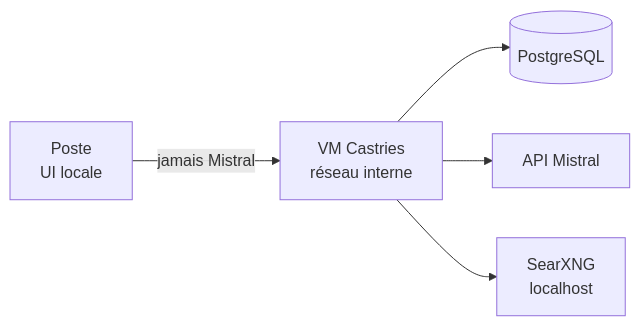
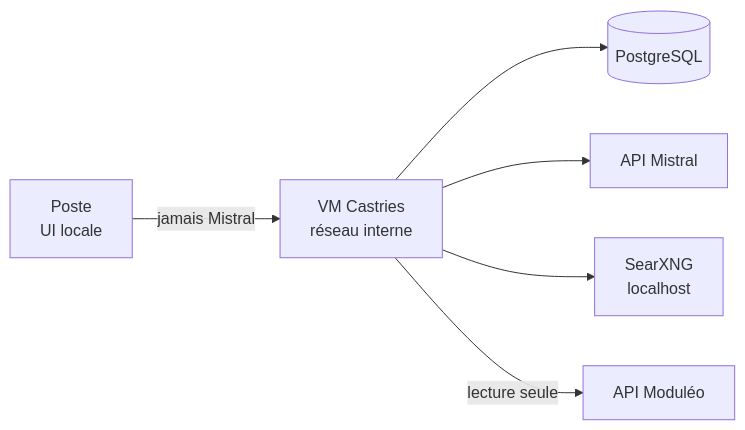
One commit to UlyssouLV/BBASS-Agents-IA changed the first of 3 diagrams in README.md. Above: the diagram before and after it, drawn with Mermaid. The commit also changed other lines of this file and 158 other files, not shown here.

````diff
--- a/README.md
+++ b/README.md
@@ -49,7 +49,8 @@
 ```mermaid
 flowchart LR
   P["Poste<br/>UI locale"] -->|"jamais Mistral"| VM["VM Castries<br/>réseau interne"]
   VM --> PG[("PostgreSQL")]
   VM --> M["API Mistral"]
   VM --> S["SearXNG<br/>localhost"]
+  VM -->|"lecture seule"| MO["API Moduléo"]
 ```
````
